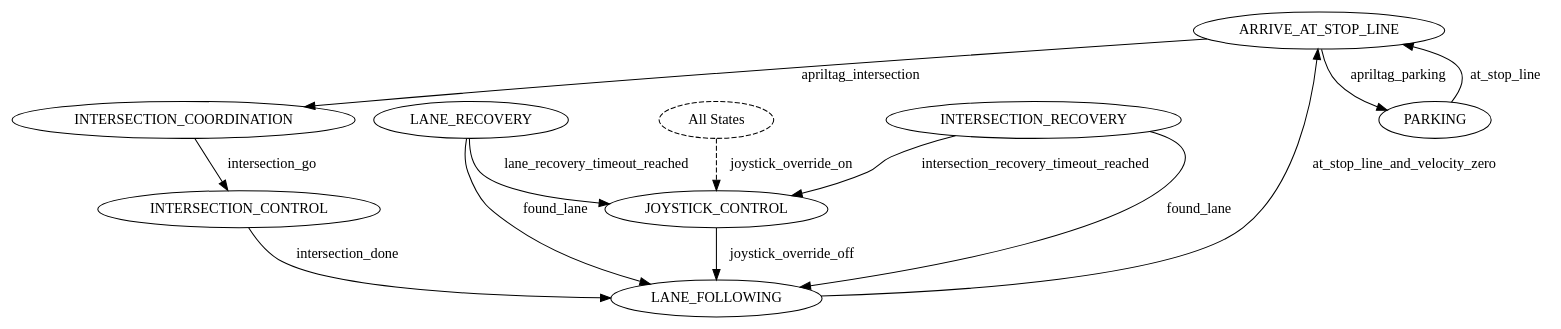
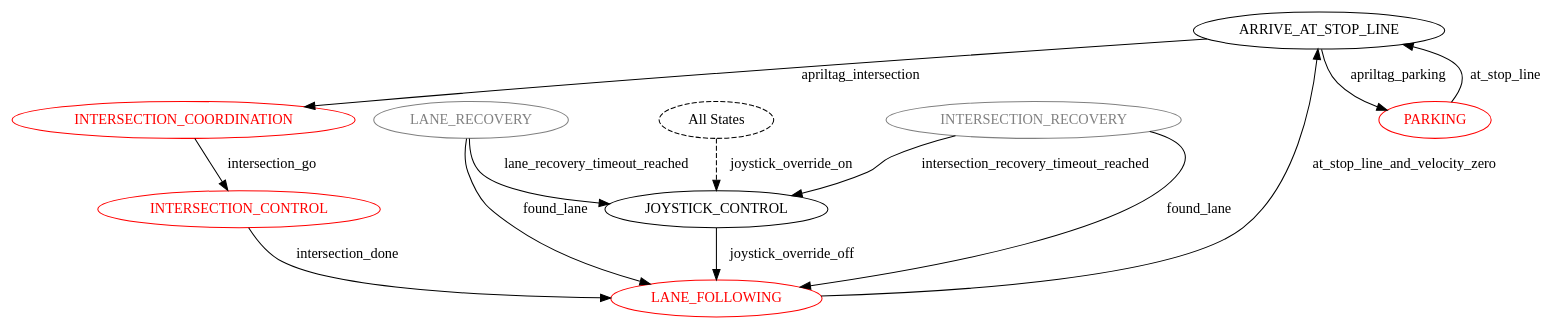
The diagram in catkin_ws/src/00-infrastructure/ros_diagram/fsm_default.dot (spadma3/duck), drawn with Graphviz before and after one commit. The commit also changed 3 other files, not shown here.

```diff
--- a/catkin_ws/src/00-infrastructure/ros_diagram/fsm_default.dot
+++ b/catkin_ws/src/00-infrastructure/ros_diagram/fsm_default.dot
@@ -1,24 +1,24 @@
 // default.yaml
 digraph {
-	ARRIVE_AT_STOP_LINE [label=ARRIVE_AT_STOP_LINE]
-	INTERSECTION_CONTROL [label=INTERSECTION_CONTROL]
-	INTERSECTION_COORDINATION [label=INTERSECTION_COORDINATION]
-	LANE_RECOVERY [label=LANE_RECOVERY]
-	JOYSTICK_CONTROL [label=JOYSTICK_CONTROL]
-	INTERSECTION_RECOVERY [label=INTERSECTION_RECOVERY]
-	PARKING [label=PARKING]
-	LANE_FOLLOWING [label=LANE_FOLLOWING]
+	ARRIVE_AT_STOP_LINE [label=ARRIVE_AT_STOP_LINE color=black fontcolor=black]
+	INTERSECTION_CONTROL [label=INTERSECTION_CONTROL color=red fontcolor=red]
+	INTERSECTION_COORDINATION [label=INTERSECTION_COORDINATION color=red fontcolor=red]
+	LANE_RECOVERY [label=LANE_RECOVERY color=gray fontcolor=gray]
+	JOYSTICK_CONTROL [label=JOYSTICK_CONTROL color=black fontcolor=black]
+	INTERSECTION_RECOVERY [label=INTERSECTION_RECOVERY color=gray fontcolor=gray]
+	PARKING [label=PARKING color=red fontcolor=red]
+	LANE_FOLLOWING [label=LANE_FOLLOWING color=red fontcolor=red]
 	ARRIVE_AT_STOP_LINE -> INTERSECTION_COORDINATION [label=apriltag_intersection]
 	ARRIVE_AT_STOP_LINE -> PARKING [label=apriltag_parking]
 	INTERSECTION_CONTROL -> LANE_FOLLOWING [label=intersection_done]
 	INTERSECTION_COORDINATION -> INTERSECTION_CONTROL [label=intersection_go]
 	LANE_RECOVERY -> JOYSTICK_CONTROL [label=lane_recovery_timeout_reached]
 	LANE_RECOVERY -> LANE_FOLLOWING [label=found_lane]
 	JOYSTICK_CONTROL -> LANE_FOLLOWING [label=joystick_override_off]
 	INTERSECTION_RECOVERY -> JOYSTICK_CONTROL [label=intersection_recovery_timeout_reached]
 	INTERSECTION_RECOVERY -> LANE_FOLLOWING [label=found_lane]
 	PARKING -> ARRIVE_AT_STOP_LINE [label=at_stop_line]
 	LANE_FOLLOWING -> ARRIVE_AT_STOP_LINE [label=at_stop_line_and_velocity_zero]
 	ALL_STATES [label="All States" style=dashed]
 	ALL_STATES -> JOYSTICK_CONTROL [label=joystick_override_on concentrate=false style=dashed]
 }
```
